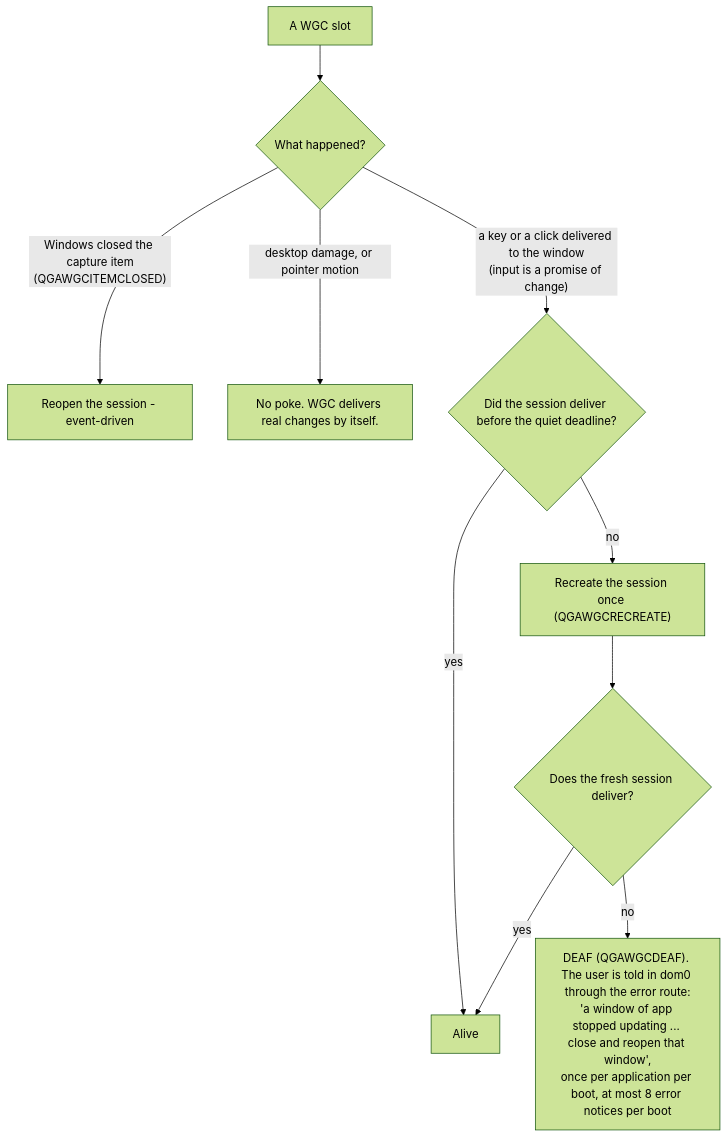
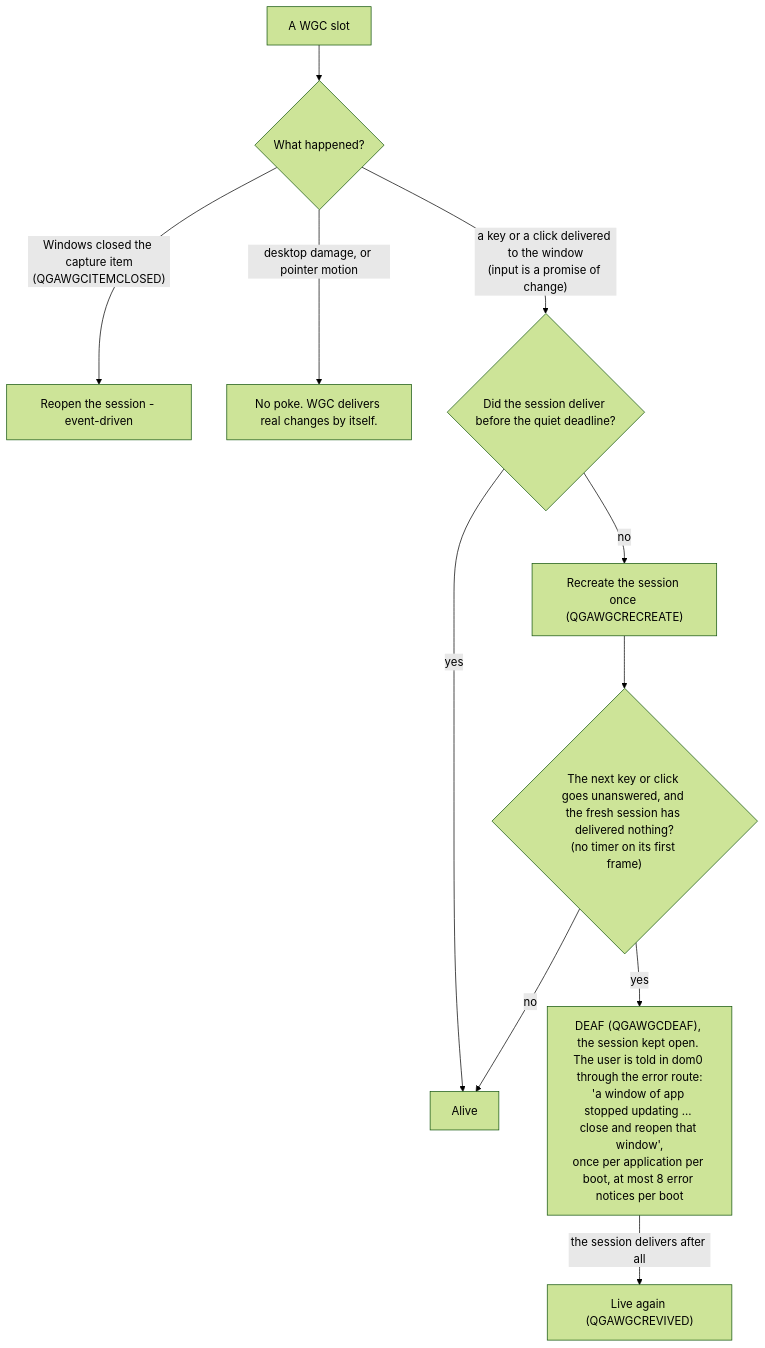
The second of 2 diagrams in docs/ADR-capture.md (arkenoi/qubes-win-idd-driver), drawn with Mermaid (forest theme) before and after one commit. The commit also changed other lines of this file and 1 other file, not shown here.

````diff
--- a/docs/ADR-capture.md
+++ b/docs/ADR-capture.md
@@ -51,12 +51,13 @@
 ```mermaid
 flowchart TD
     A["A WGC slot"] --> B{"What happened?"}
     B -->|"Windows closed the capture item<br/>(QGAWGCITEMCLOSED)"| C["Reopen the session - event-driven"]
     B -->|"desktop damage, or pointer motion"| N["No poke. WGC delivers real changes by itself."]
     B -->|"a key or a click delivered to the window<br/>(input is a promise of change)"| D{"Did the session deliver before the quiet deadline?"}
     D -->|yes| OK["Alive"]
     D -->|no| R["Recreate the session once (QGAWGCRECREATE)"]
-    R --> F{"Does the fresh session deliver?"}
-    F -->|yes| OK
-    F -->|no| G["DEAF (QGAWGCDEAF). The user is told in dom0 through the error route:<br/>'a window of app stopped updating ... close and reopen that window',<br/>once per application per boot, at most 8 error notices per boot"]
+    R --> F{"The next key or click goes unanswered, and the fresh session has delivered nothing?<br/>(no timer on its first frame)"}
+    F -->|no| OK
+    F -->|yes| G["DEAF (QGAWGCDEAF), the session kept open. The user is told in dom0 through the error route:<br/>'a window of app stopped updating ... close and reopen that window',<br/>once per application per boot, at most 8 error notices per boot"]
+    G -->|"the session delivers after all"| V["Live again (QGAWGCREVIVED)"]
 ```
````
